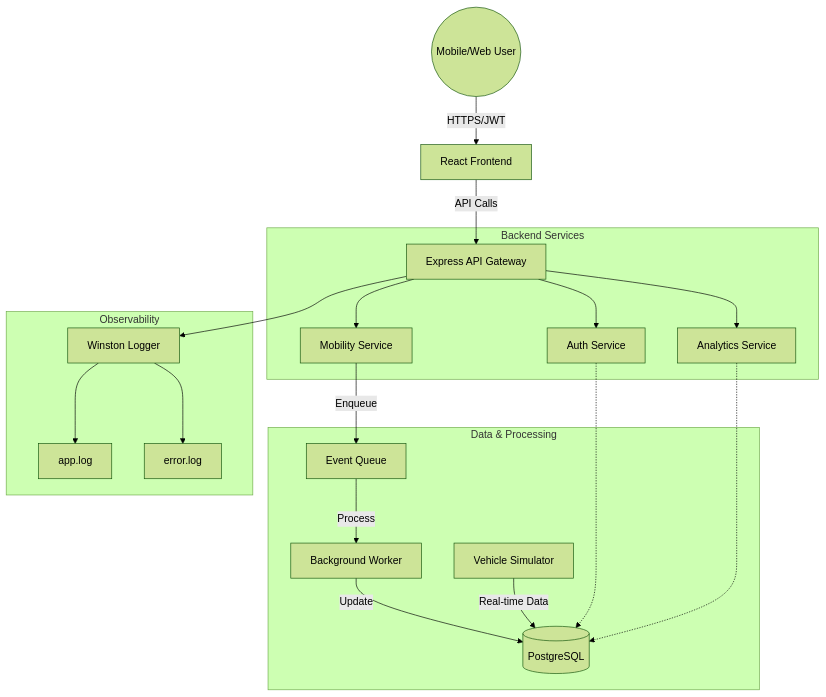
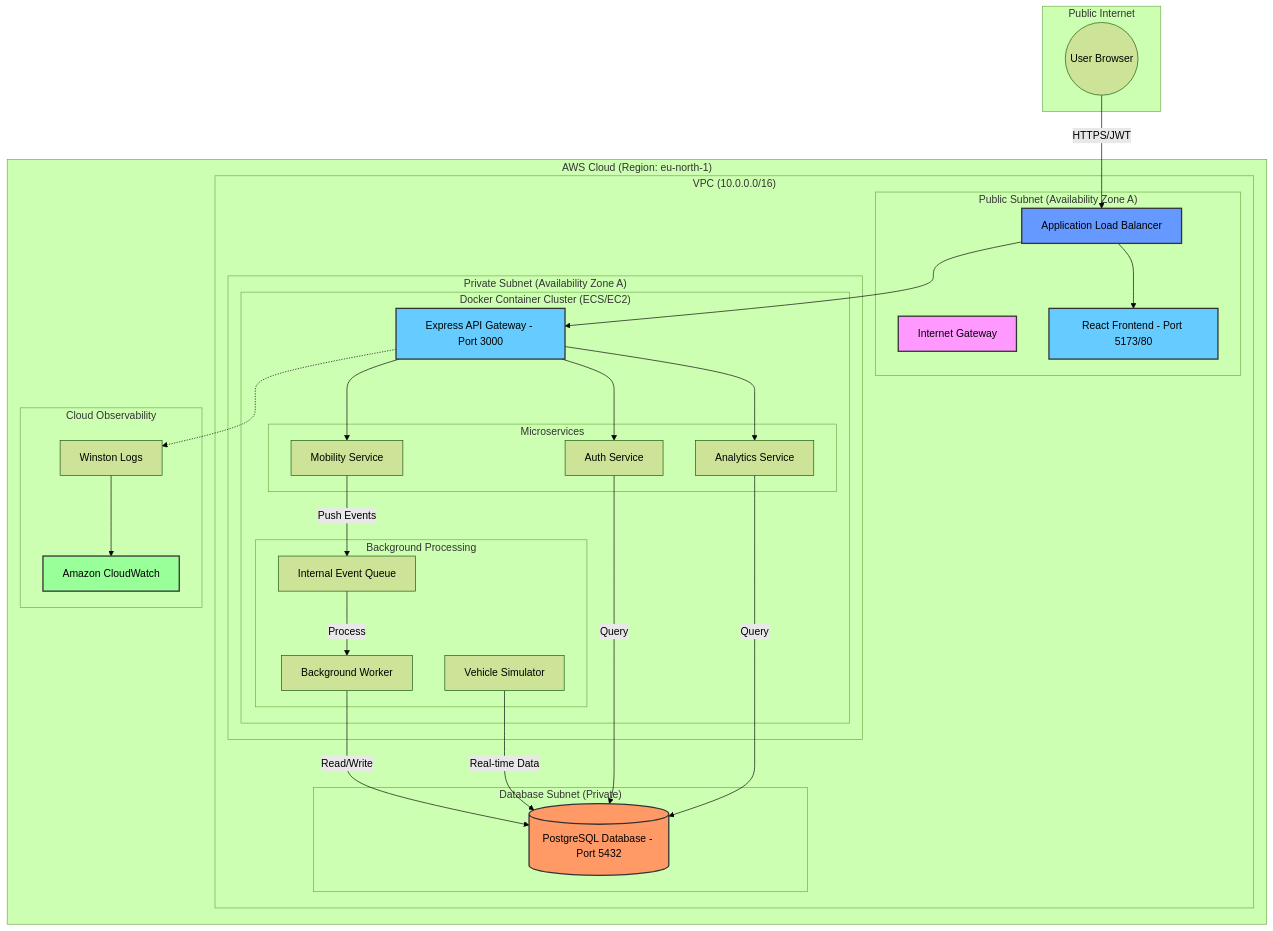
The diagram in urbanmove/README.md (rishisportsit/urbanmove), drawn with Mermaid (forest theme) before and after one commit.

````diff
--- a/urbanmove/README.md
+++ b/urbanmove/README.md
@@ -18,26 +18,60 @@
 ```mermaid
-graph TD
-    User((Mobile/Web User)) -->|HTTPS/JWT| WebUI[React Frontend]
-    WebUI -->|API Calls| API[Express API Gateway]
-    
-    subgraph "Backend Services"
-        API --> Auth[Auth Service]
-        API --> Mobility[Mobility Service]
-        API --> Analytics[Analytics Service]
+graph TB
+    subgraph "Public Internet"
+        User((User Browser))
     end
-    
-    subgraph "Data & Processing"
-        Mobility -->|Enqueue| Queue[Event Queue]
-        Queue -->|Process| Worker[Background Worker]
-        Worker -->|Update| DB[(PostgreSQL)]
-        Simulator[Vehicle Simulator] -->|Real-time Data| DB
-        Auth -.-> DB
-        Analytics -.-> DB
+
+    subgraph "AWS Cloud (Region: eu-north-1)"
+        subgraph "VPC (10.0.0.0/16)"
+            subgraph "Public Subnet (Availability Zone A)"
+                IGW[Internet Gateway]
+                ALB[Application Load Balancer]
+                Front[React Frontend - Port 5173/80]
+            end
+
+            subgraph "Private Subnet (Availability Zone A)"
+                subgraph "Docker Container Cluster (ECS/EC2)"
+                    API[Express API Gateway - Port 3000]
+                    subgraph "Microservices"
+                        Auth[Auth Service]
+                        Mobility[Mobility Service]
+                        Analytics[Analytics Service]
+                    end
+                    subgraph "Background Processing"
+                        Queue[Internal Event Queue]
+                        Worker[Background Worker]
+                        Sim[Vehicle Simulator]
+                    end
+                end
+            end
+
+            subgraph "Database Subnet (Private)"
+                DB[(PostgreSQL Database - Port 5432)]
+            end
+        end
+
+        subgraph "Cloud Observability"
+            Logs[Winston Logs] --> CW[Amazon CloudWatch]
+        end
     end
-    
-    subgraph "Observability"
-        API --> Logger[Winston Logger]
-        Logger --> AppLog[app.log]
-        Logger --> ErrLog[error.log]
-    end
+
+    %% Communication Flows
+    User -->|HTTPS/JWT| ALB
+    ALB --> Front
+    ALB --> API
+    API --> Auth & Mobility & Analytics
+    Mobility -->|Push Events| Queue
+    Queue -->|Process| Worker
+    Worker -->|Read/Write| DB
+    Sim -->|Real-time Data| DB
+    Auth & Analytics -->|Query| DB
+    API -.-> Logs
+
+    %% Styling
+    style IGW fill:#f9f,stroke:#333,stroke-width:2px
+    style ALB fill:#69f,stroke:#333,stroke-width:2px
+    style DB fill:#f96,stroke:#333,stroke-width:2px
+    style CW fill:#9f9,stroke:#333,stroke-width:2px
+    style Front fill:#6cf,stroke:#333,stroke-width:2px
+    style API fill:#6cf,stroke:#333,stroke-width:2px
 ```
````
